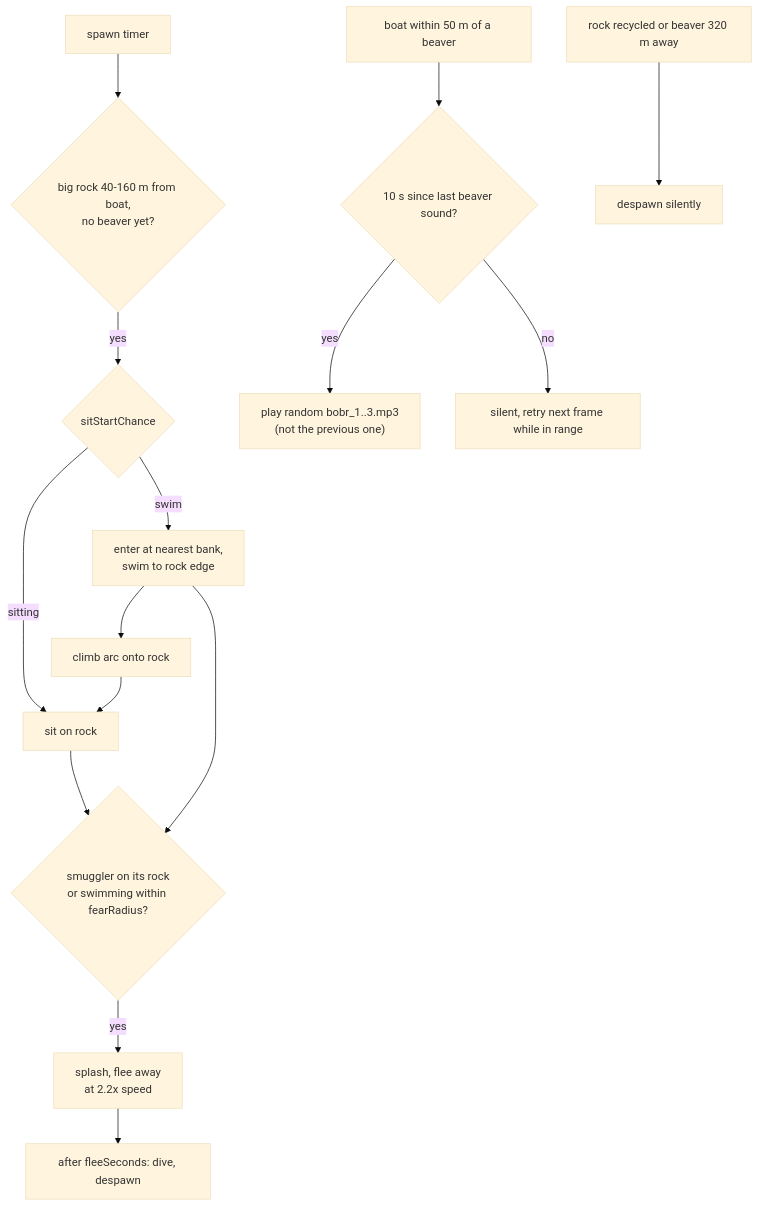
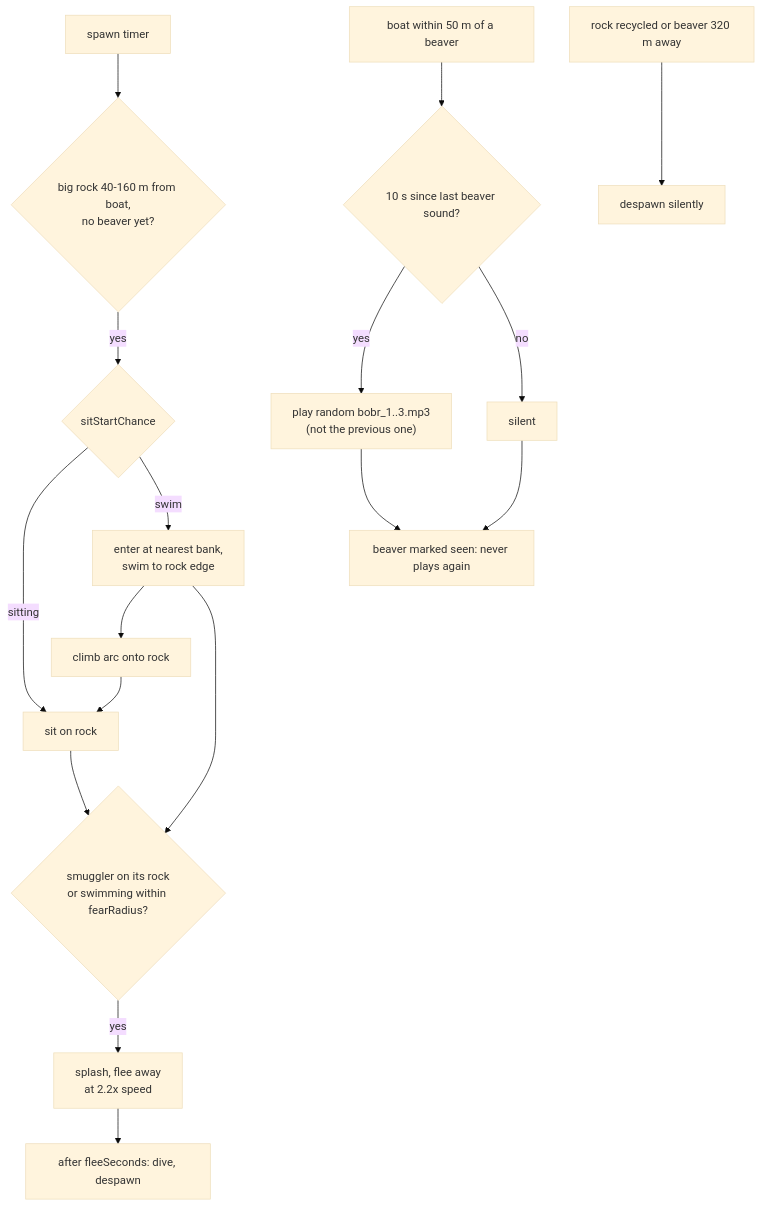
One commit to Protosnake/veslo changed the diagram in docs/features/41-beavers.md. Above: the diagram before and after it, drawn with Mermaid (base theme). The commit also changed other lines of this file and 14 other files, not shown here.

````diff
--- a/docs/features/41-beavers.md
+++ b/docs/features/41-beavers.md
@@ -5,16 +5,18 @@
 ```mermaid
 flowchart TD
     A["spawn timer"] --> B{"big rock 40-160 m from boat,<br/>no beaver yet?"}
     B -->|yes| C{"sitStartChance"}
     C -->|sitting| E["sit on rock"]
     C -->|swim| D["enter at nearest bank,<br/>swim to rock edge"]
     D --> F["climb arc onto rock"] --> E
     E --> G{"smuggler on its rock<br/>or swimming within fearRadius?"}
     D --> G
     G -->|yes| H["splash, flee away<br/>at 2.2x speed"]
     H --> I["after fleeSeconds: dive, despawn"]
     J["boat within 50 m of a beaver"] --> T{"10 s since last beaver sound?"}
     T -->|yes| K["play random bobr_1..3.mp3<br/>(not the previous one)"]
-    T -->|no| Q["silent, retry next frame while in range"]
+    T -->|no| Q["silent"]
+    K --> S["beaver marked seen: never plays again"]
+    Q --> S
     L["rock recycled or beaver 320 m away"] --> M["despawn silently"]
 ```
````
